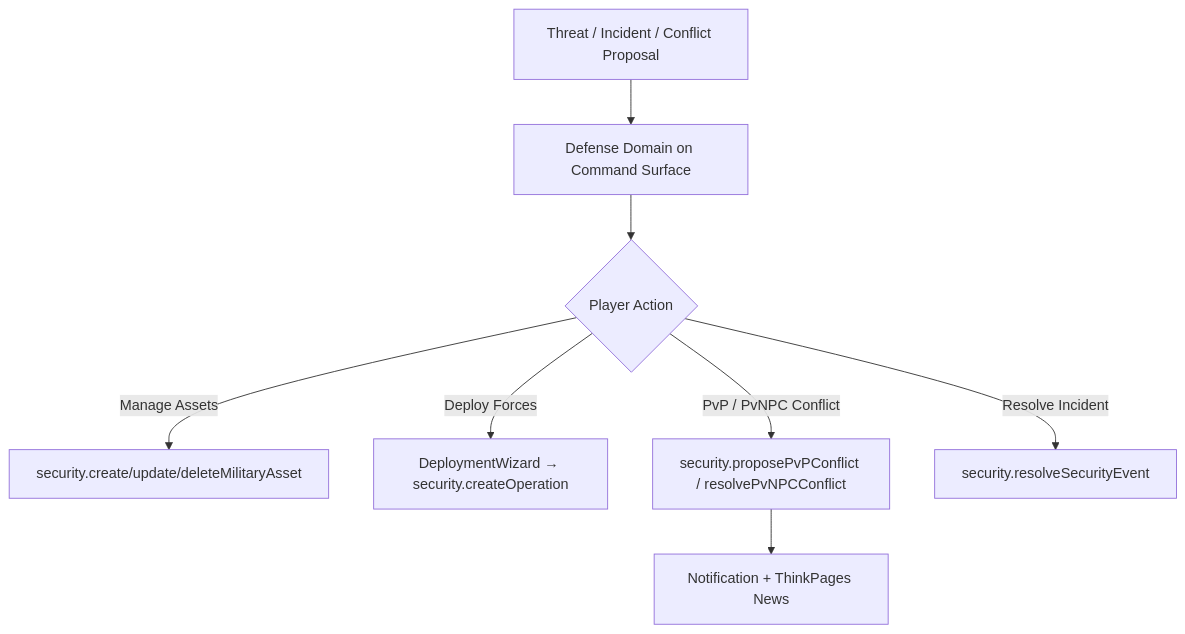
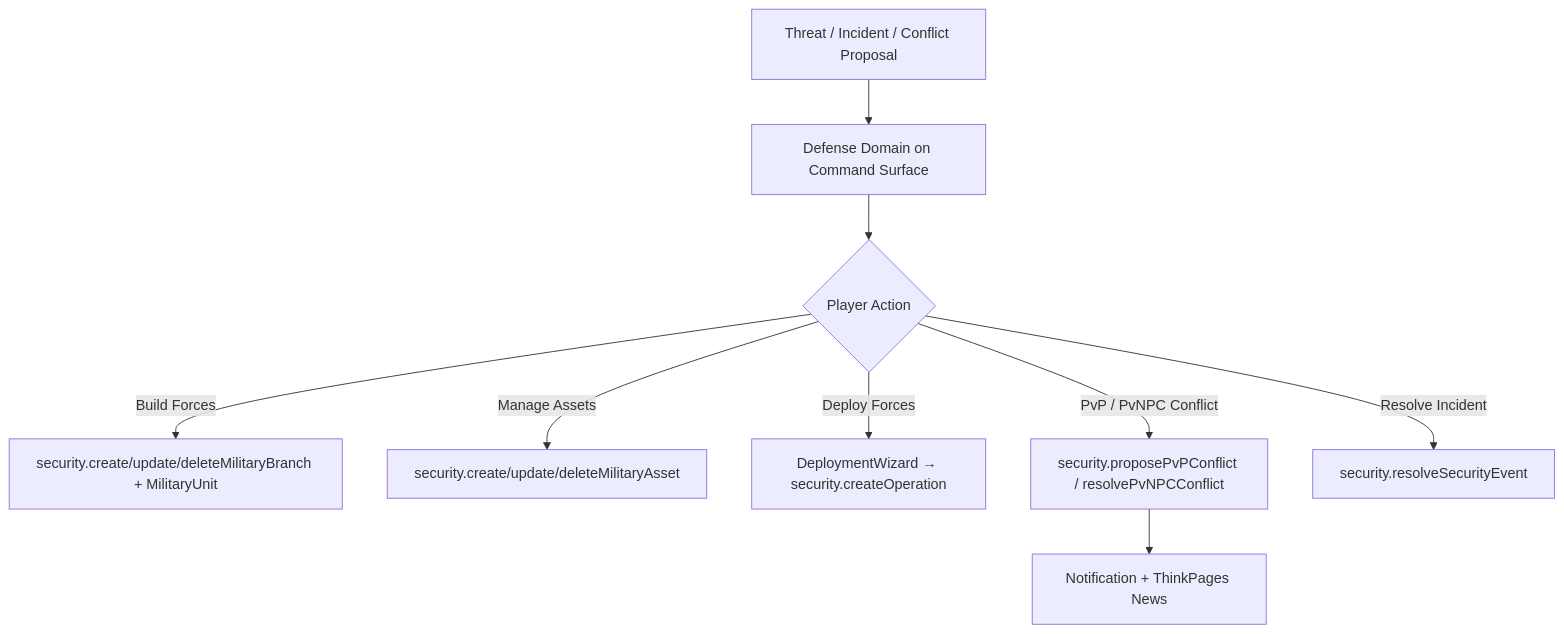
Before and after one commit to algolds/ixstats: the diagram in docs/systems/defense.md, drawn with Mermaid. The commit also changed other lines of this file and 9 other files, not shown here.

````diff
--- a/docs/systems/defense.md
+++ b/docs/systems/defense.md
@@ -50,10 +51,11 @@
 ```mermaid
 graph TD
     A[Threat / Incident / Conflict Proposal] --> B[Defense Domain on Command Surface]
     B --> C{Player Action}
+    C -->|Build Forces| BF[security.create/update/deleteMilitaryBranch + MilitaryUnit]
     C -->|Manage Assets| D[security.create/update/deleteMilitaryAsset]
     C -->|Deploy Forces| E[DeploymentWizard → security.createOperation]
     C -->|PvP / PvNPC Conflict| F[security.proposePvPConflict / resolvePvNPCConflict]
     C -->|Resolve Incident| G[security.resolveSecurityEvent]
     F --> H[Notification + ThinkPages News]
 ```
````
